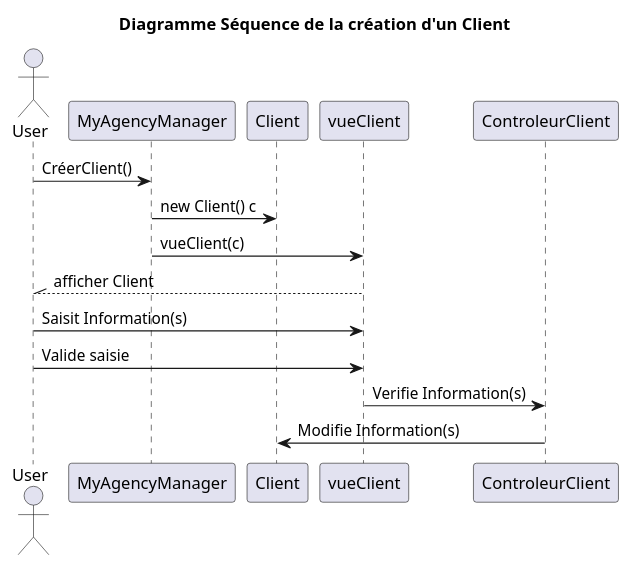
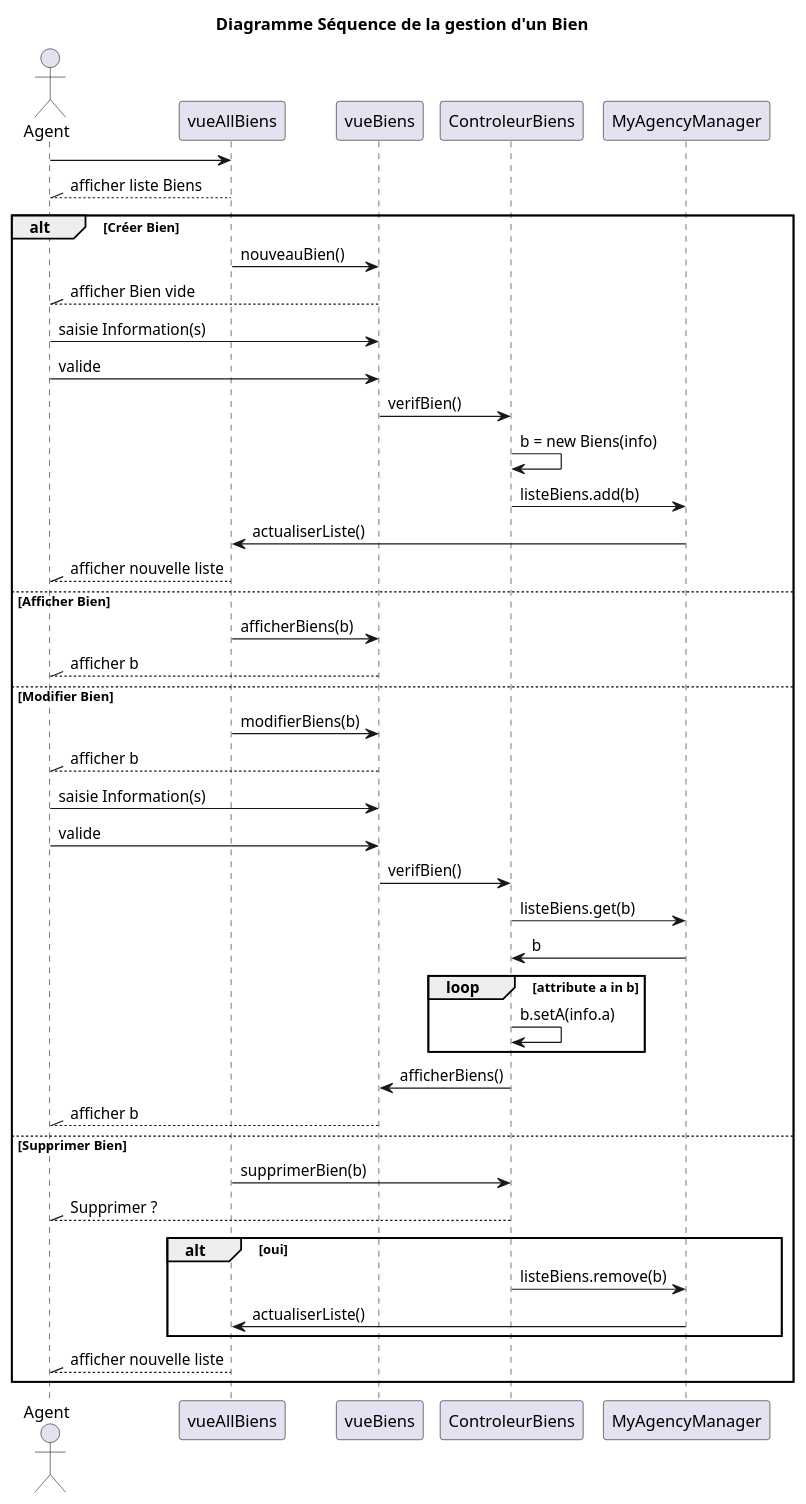
The diagram in DossierConception/SeqGererBien.pu (Arnaud-Sibade-Tlse/ProjetUML_Miashs), drawn with PlantUML before and after one commit. The commit also changed 3 other files, not shown here.

Commit message:
SEQUENCE : Gestion Modele

```diff
--- a/DossierConception/SeqGererBien.pu
+++ b/DossierConception/SeqGererBien.pu
@@ -1,19 +1,64 @@
 @startuml
 
-title Diagramme Séquence de la création d'un Client
+title Diagramme Séquence de la gestion d'un Bien
 
-actor User as U
-U -> MyAgencyManager :CréerClient()
+actor Agent as A
 
-MyAgencyManager -> Client :new Client() c
 
-MyAgencyManager -> vueClient : vueClient(c)
+A -> vueAllBiens 
+A //-- vueAllBiens :afficher liste Biens
 
-U //-- vueClient :afficher Client
+alt Créer Bien
+vueAllBiens -> vueBiens :nouveauBien()
 
-U -> vueClient :Saisit Information(s)
-U -> vueClient :Valide saisie
 
-vueClient -> ControleurClient :Verifie Information(s)
-ControleurClient -> Client :Modifie Information(s)
+A //-- vueBiens :afficher Bien vide
+
+A -> vueBiens : saisie Information(s)
+A -> vueBiens : valide
+
+vueBiens -> ControleurBiens : verifBien()
+
+ControleurBiens -> ControleurBiens : b = new Biens(info)
+ControleurBiens -> MyAgencyManager : listeBiens.add(b)
+
+MyAgencyManager -> vueAllBiens : actualiserListe()
+
+A //-- vueAllBiens : afficher nouvelle liste
+
+
+else Afficher Bien
+vueAllBiens -> vueBiens : afficherBiens(b)
+A //-- vueBiens :afficher b
+
+else Modifier Bien
+
+vueAllBiens -> vueBiens : modifierBiens(b)
+A //-- vueBiens :afficher b
+
+A -> vueBiens : saisie Information(s)
+A -> vueBiens : valide
+
+vueBiens -> ControleurBiens : verifBien()
+
+ControleurBiens -> MyAgencyManager : listeBiens.get(b)
+MyAgencyManager -> ControleurBiens : b
+
+loop attribute a in b
+ControleurBiens -> ControleurBiens :b.setA(info.a)
+end
+
+ControleurBiens -> vueBiens : afficherBiens()
+A //-- vueBiens :afficher b
+
+else Supprimer Bien
+vueAllBiens -> ControleurBiens : supprimerBien(b)
+A //-- ControleurBiens : Supprimer ?
+alt oui
+ControleurBiens -> MyAgencyManager : listeBiens.remove(b)
+MyAgencyManager -> vueAllBiens : actualiserListe()
+
+end
+A //-- vueAllBiens : afficher nouvelle liste
+end
 @enduml
```
